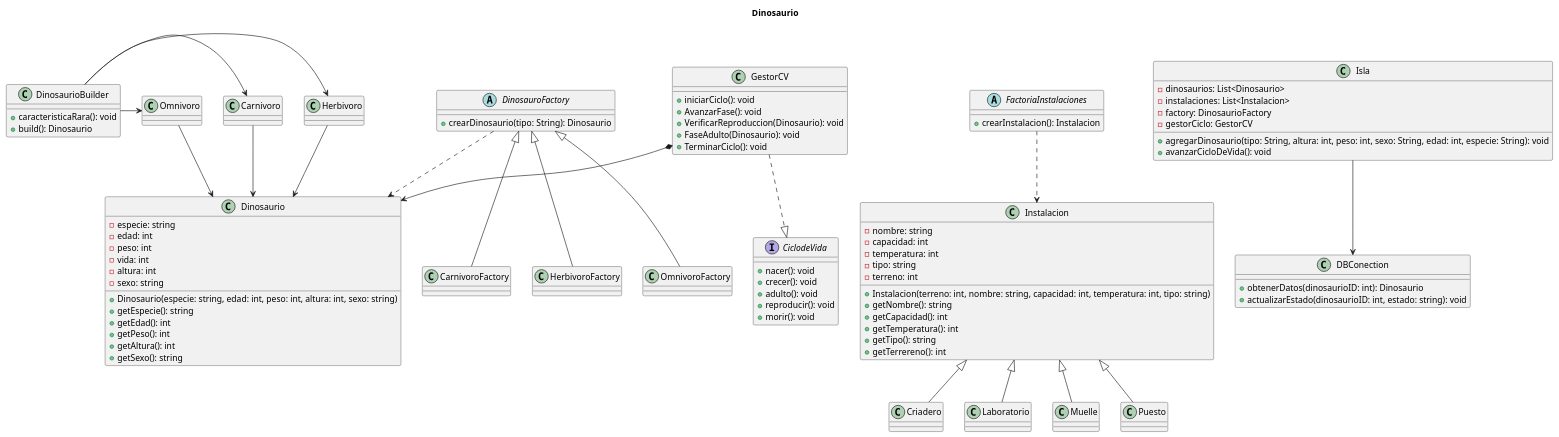
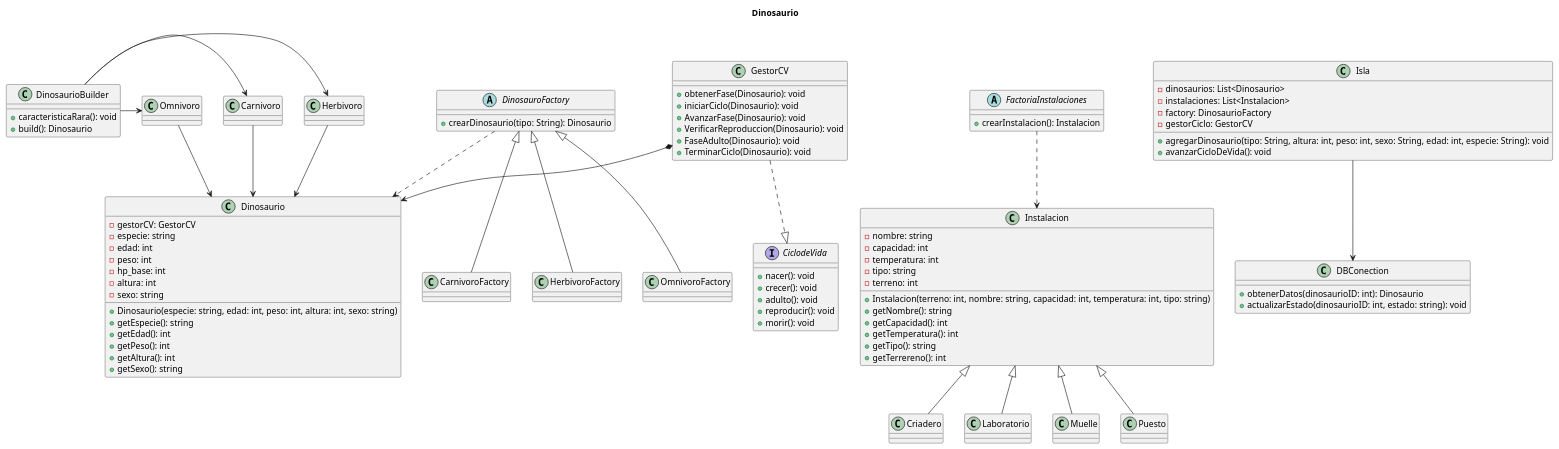
One commit to sssdark302/JurassicPark changed the diagram in uml/Dinosaurio.puml. Above: the diagram before and after it, drawn with PlantUML.

```diff
--- a/uml/Dinosaurio.puml
+++ b/uml/Dinosaurio.puml
@@ -1,100 +1,102 @@
 @startuml
 'https://plantuml.com/class-diagram
 title Dinosaurio
 
 class Dinosaurio{
+    -gestorCV: GestorCV
     -especie: string
     -edad: int
     -peso: int
-    -vida: int
+    -hp_base: int
     -altura: int
     -sexo: string
     +Dinosaurio(especie: string, edad: int, peso: int, altura: int, sexo: string)
     +getEspecie(): string
     +getEdad(): int
     +getPeso(): int
     +getAltura(): int
     +getSexo(): string
 }
 
 
 class DinosaurioBuilder{
     +caracteristicaRara(): void
     +build(): Dinosaurio
 }
 
 abstract class DinosauroFactory{
     +crearDinosaurio(tipo: String): Dinosaurio
 }
 
 class CarnivoroFactory extends DinosauroFactory{}
 class HerbivoroFactory extends DinosauroFactory{}
 class OmnivoroFactory extends DinosauroFactory{}
 
 abstract class FactoriaInstalaciones{
     +crearInstalacion(): Instalacion
 }
 
 class Instalacion{
     -nombre: string
     -capacidad: int
     -temperatura: int
     -tipo: string
     -terreno: int
     +Instalacion(terreno: int, nombre: string, capacidad: int, temperatura: int, tipo: string)
     +getNombre(): string
     +getCapacidad(): int
     +getTemperatura(): int
     +getTipo(): string
     +getTerrereno(): int
 }
 
 class Criadero extends Instalacion{}
 class Laboratorio extends Instalacion{}
 class Muelle extends Instalacion{}
 class Puesto extends Instalacion{}
 
 interface CiclodeVida{
     +nacer(): void
     +crecer(): void
     +adulto(): void
     +reproducir(): void
     +morir(): void
 }
 
 class GestorCV{
-    +iniciarCiclo(): void
-    +AvanzarFase(): void
+    +obtenerFase(Dinosaurio): void
+    +iniciarCiclo(Dinosaurio): void
+    +AvanzarFase(Dinosaurio): void
     +VerificarReproduccion(Dinosaurio): void
     +FaseAdulto(Dinosaurio): void
-    +TerminarCiclo(): void
+    +TerminarCiclo(Dinosaurio): void
 }
 
 class DBConection{
     +obtenerDatos(dinosaurioID: int): Dinosaurio
     +actualizarEstado(dinosaurioID: int, estado: string): void
 }
 
 class Isla{
     -dinosaurios: List<Dinosaurio>
     -instalaciones: List<Instalacion>
     -factory: DinosaurioFactory
     -gestorCiclo: GestorCV
     +agregarDinosaurio(tipo: String, altura: int, peso: int, sexo: String, edad: int, especie: String): void
     +avanzarCicloDeVida(): void
 }
 
 GestorCV *--> Dinosaurio
 Herbivoro --> Dinosaurio
 Carnivoro --> Dinosaurio
 Omnivoro --> Dinosaurio
 GestorCV ..|> CiclodeVida
 DinosauroFactory ..> Dinosaurio
 DinosaurioBuilder -> Herbivoro
 DinosaurioBuilder -> Carnivoro
 DinosaurioBuilder -> Omnivoro
 FactoriaInstalaciones ..> Instalacion
 Isla --> DBConection
 
 
 @enduml
```
